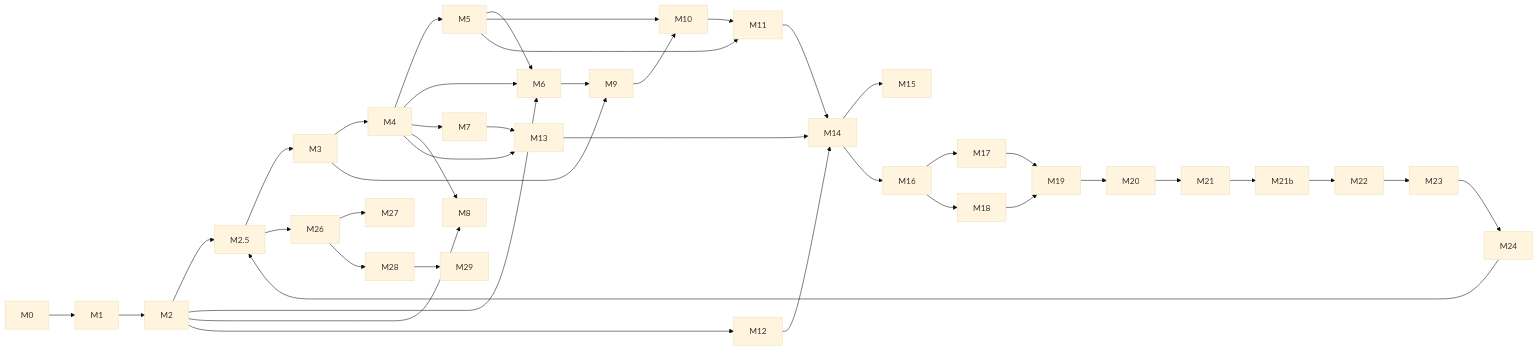
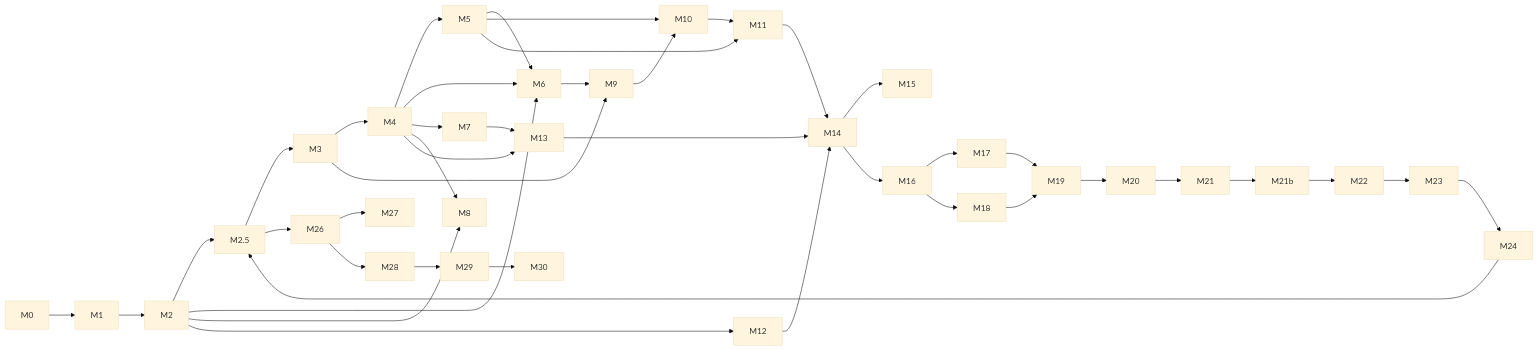
One commit to vundavallibalakrishna/agentic-runtime changed the diagram in docs/09-plan/README.md. Above: the diagram before and after it, drawn with Mermaid (base theme). The commit also changed other lines of this file and 597 other files, not shown here.

````diff
--- a/docs/09-plan/README.md
+++ b/docs/09-plan/README.md
@@ -59,30 +60,30 @@
 ```mermaid
 flowchart LR
   M0 --> M1 --> M2 --> M25[M2.5] --> M3 --> M4 --> M5
   M2 --> M6
   M4 --> M6
   M5 --> M6
   M4 --> M7
   M2 --> M8
   M4 --> M8
   M3 --> M9
   M6 --> M9
   M5 --> M10
   M9 --> M10
   M5 --> M11
   M10 --> M11
   M2 --> M12
   M4 --> M13
   M7 --> M13
   M11 --> M14
   M12 --> M14
   M13 --> M14
   M14 --> M15
   M14 --> M16
   M16 --> M17
   M16 --> M18
   M17 --> M19
   M18 --> M19
   M19 --> M20 --> M21 --> M21b[M21b] --> M22 --> M23 --> M24 --> M25 --> M26 --> M27
-  M26 --> M28 --> M29
+  M26 --> M28 --> M29 --> M30
 ```
````
